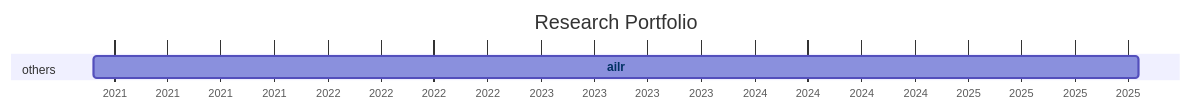
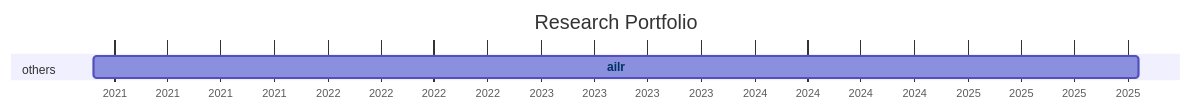
The diagram in docs/20-research/25-projects-gantt.md (digital-work-lab/handbook), drawn with Mermaid before and after one commit.

Commit message:
Update repository overview

````diff
--- a/docs/20-research/25-projects-gantt.md
+++ b/docs/20-research/25-projects-gantt.md
@@ -8,21 +8,21 @@
 ```mermaid
 ---
 displayMode: compact
 ---
 gantt
 title Research Portfolio
 dateFormat YYYY-MM-DD
 axisFormat %Y
 
     section work_practices
 
     section distributed_organizing
 
     section knowledge_synthesis
 
     section others
-        ailr :ailr, 2020-11-26, 2025-10-19
+        ailr :ailr, 2020-11-26, 2025-10-20
 
 
     click ailr href "{{ site.baseurl }}/docs/10-lab/18-resources/ailr.html"
 ```
````
